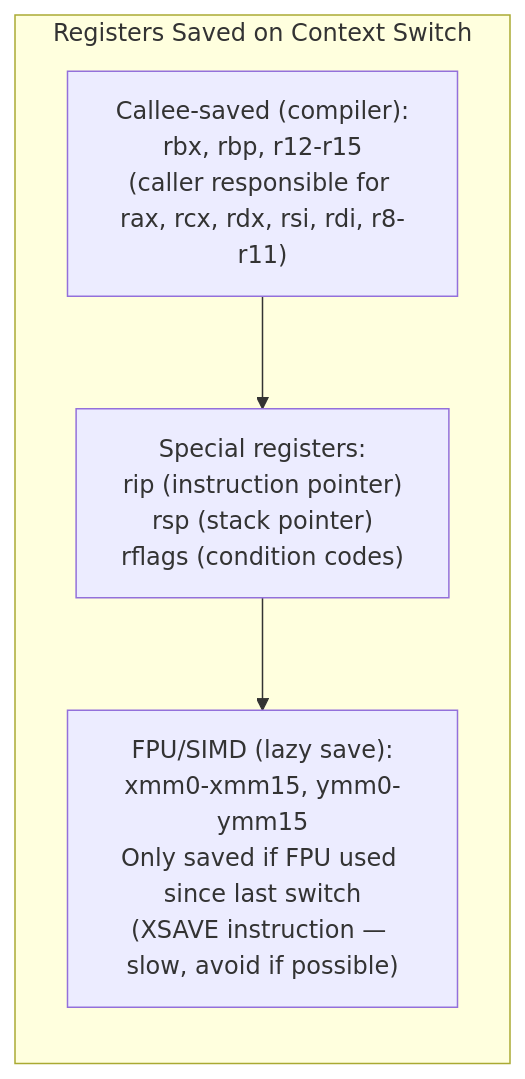
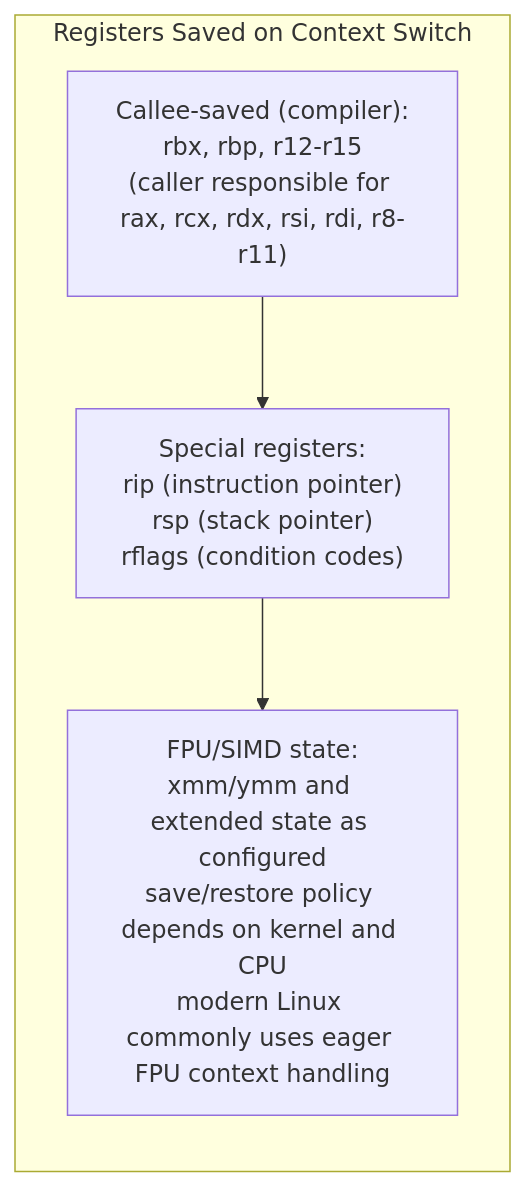
One commit to choisimo/document changed the ninth of 14 diagrams in content/docs/books/cs-reference/systems-programming-internals.md. Above: the diagram before and after it, drawn with Mermaid. The commit also changed other lines of this file and 504 other files, not shown here.

````diff
--- a/content/docs/books/cs-reference/systems-programming-internals.md
+++ b/content/docs/books/cs-reference/systems-programming-internals.md
@@ -175,9 +177,9 @@
 ```mermaid
 flowchart LR
     subgraph "Registers Saved on Context Switch"
         CALLEE["Callee-saved (compiler):\nrbx, rbp, r12-r15\n(caller responsible for rax, rcx, rdx, rsi, rdi, r8-r11)"]
         SPECIAL["Special registers:\nrip (instruction pointer)\nrsp (stack pointer)\nrflags (condition codes)"]
-        FPU["FPU/SIMD (lazy save):\nxmm0-xmm15, ymm0-ymm15\nOnly saved if FPU used since last switch\n(XSAVE instruction — slow, avoid if possible)"]
+        FPU["FPU/SIMD state:\nxmm/ymm and extended state as configured\nsave/restore policy depends on kernel and CPU\nmodern Linux commonly uses eager FPU context handling"]
         CALLEE --> SPECIAL --> FPU
     end
 ```
````
